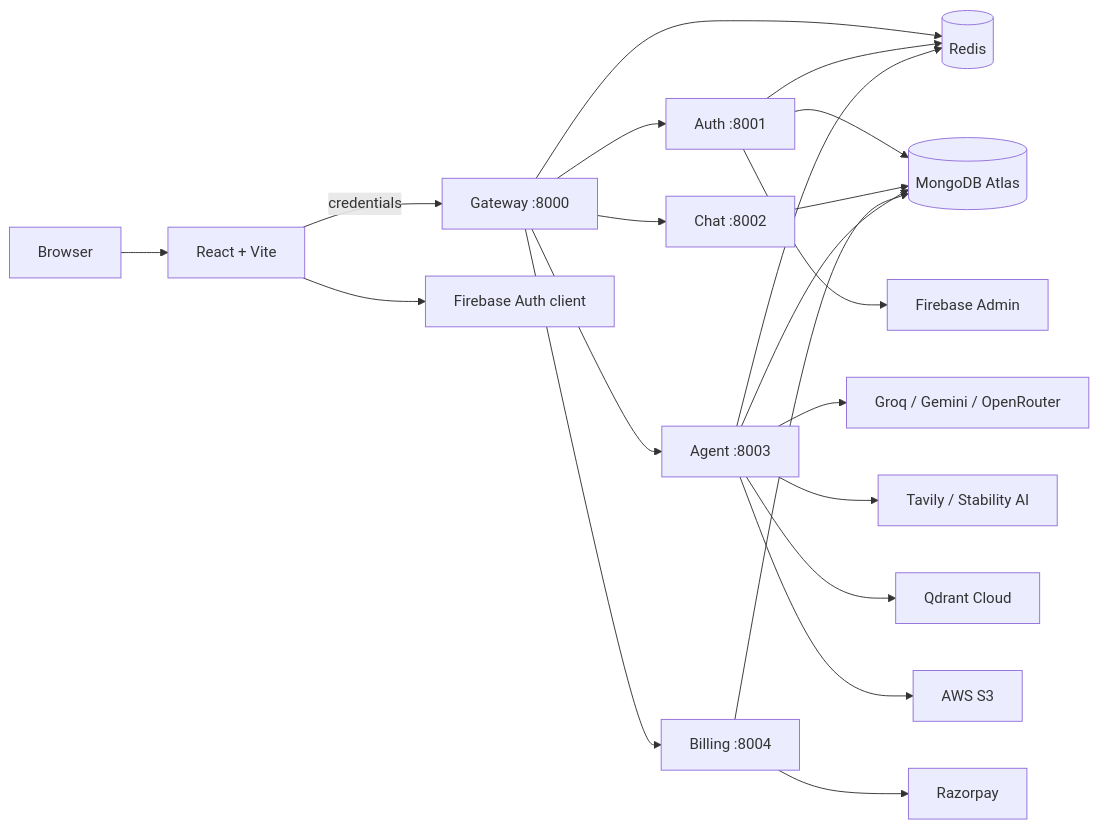
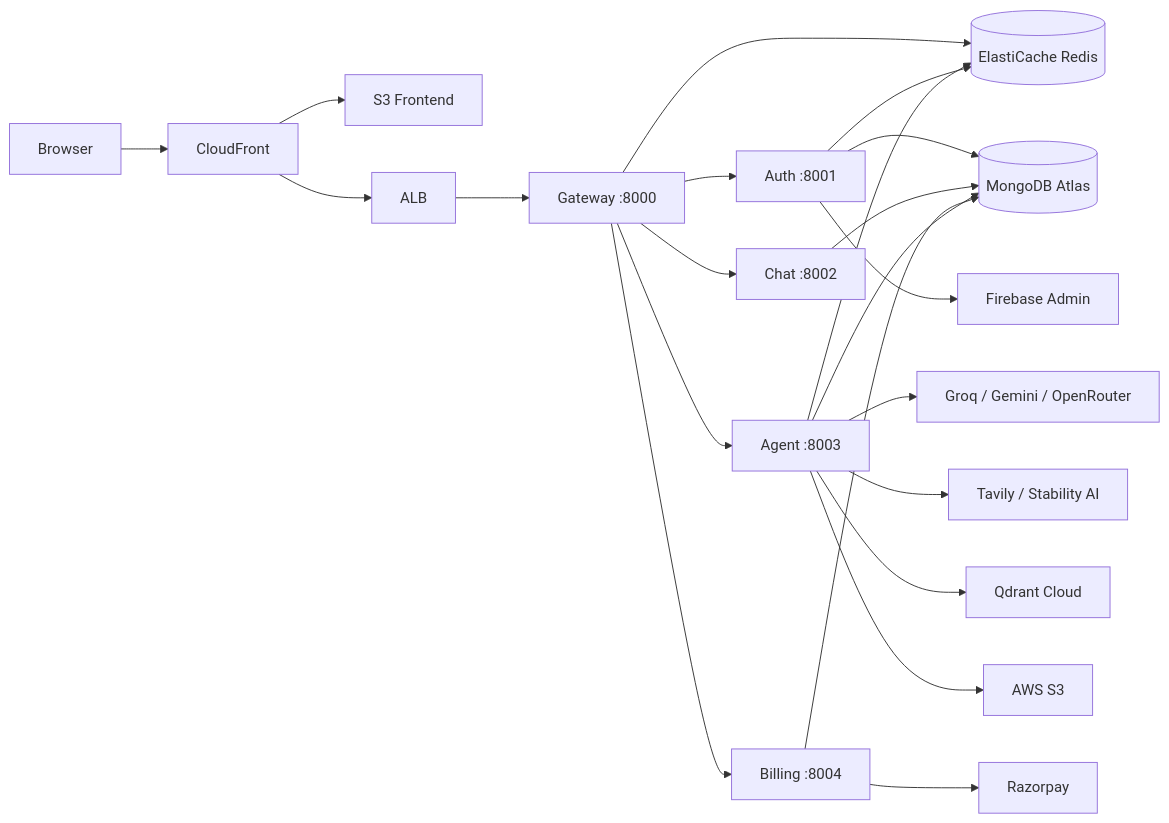
One commit to aamir490/Use-Case-24-NovaMind-AI-LangGraph-Multi-Agent-AWS-Platform changed the third of 3 diagrams in README.md. Above: the diagram before and after it, drawn with Mermaid. The commit also changed other lines of this file, not shown here.

Commit message:
docs: fully enhance README with badges, live demo, agent table, CI/CD flow, architecture

````diff
--- a/README.md
+++ b/README.md
@@ -171,23 +195,24 @@
 ```mermaid
 flowchart LR
-  U[Browser] --> F[React + Vite]
-  F -->|credentials| G[Gateway :8000]
+  U[Browser] --> CF[CloudFront]
+  CF --> S3F[S3 Frontend]
+  CF --> ALB[ALB]
+  ALB --> G[Gateway :8000]
   G --> A[Auth :8001]
   G --> C[Chat :8002]
   G --> AG[Agent :8003]
   G --> B[Billing :8004]
-  G --> R[(Redis)]
+  G --> R[(ElastiCache Redis)]
   A --> R
   AG --> R
   A --> M[(MongoDB Atlas)]
   C --> M
   B --> M
   AG --> M
   AG --> L[Groq / Gemini / OpenRouter]
   AG --> T[Tavily / Stability AI]
   AG --> Q[Qdrant Cloud]
   AG --> S3[AWS S3]
   B --> RZ[Razorpay]
   A --> FB[Firebase Admin]
-  F --> FBA[Firebase Auth client]
 ```
````
